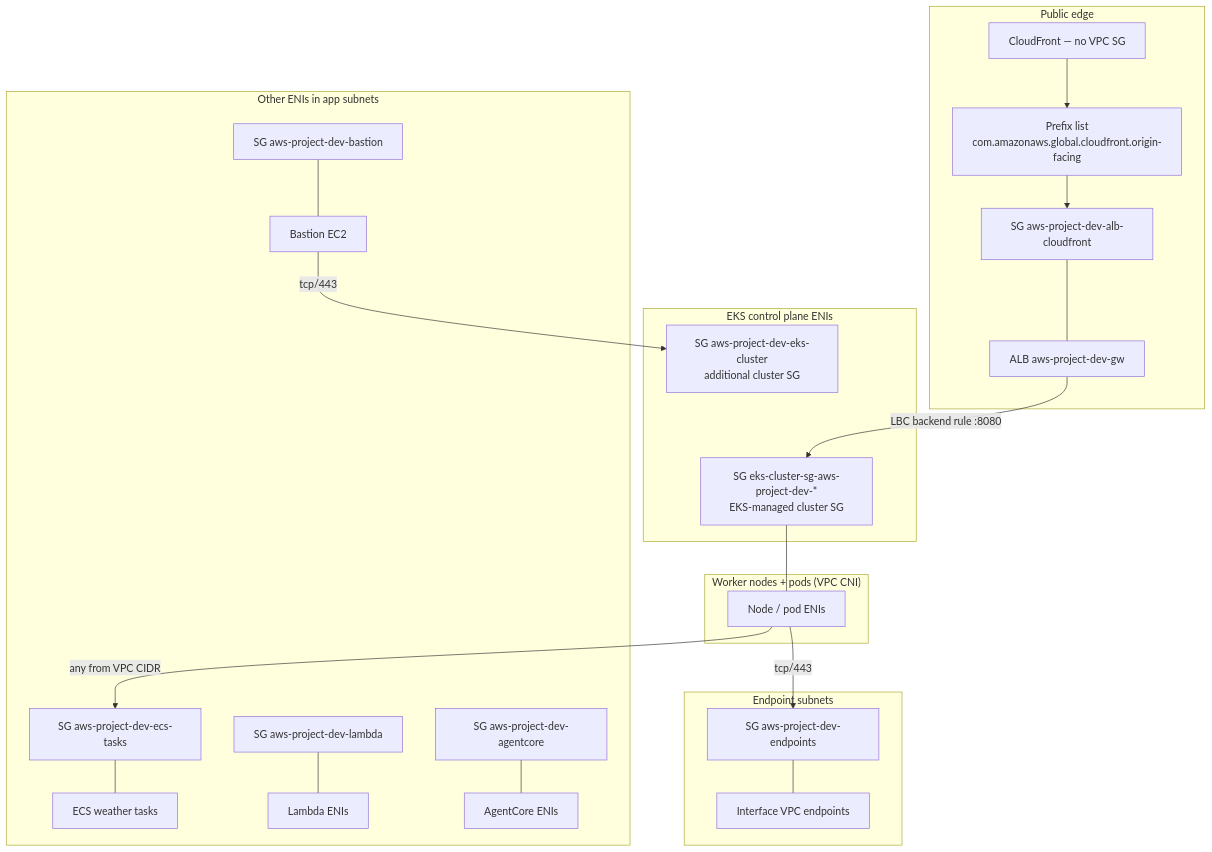
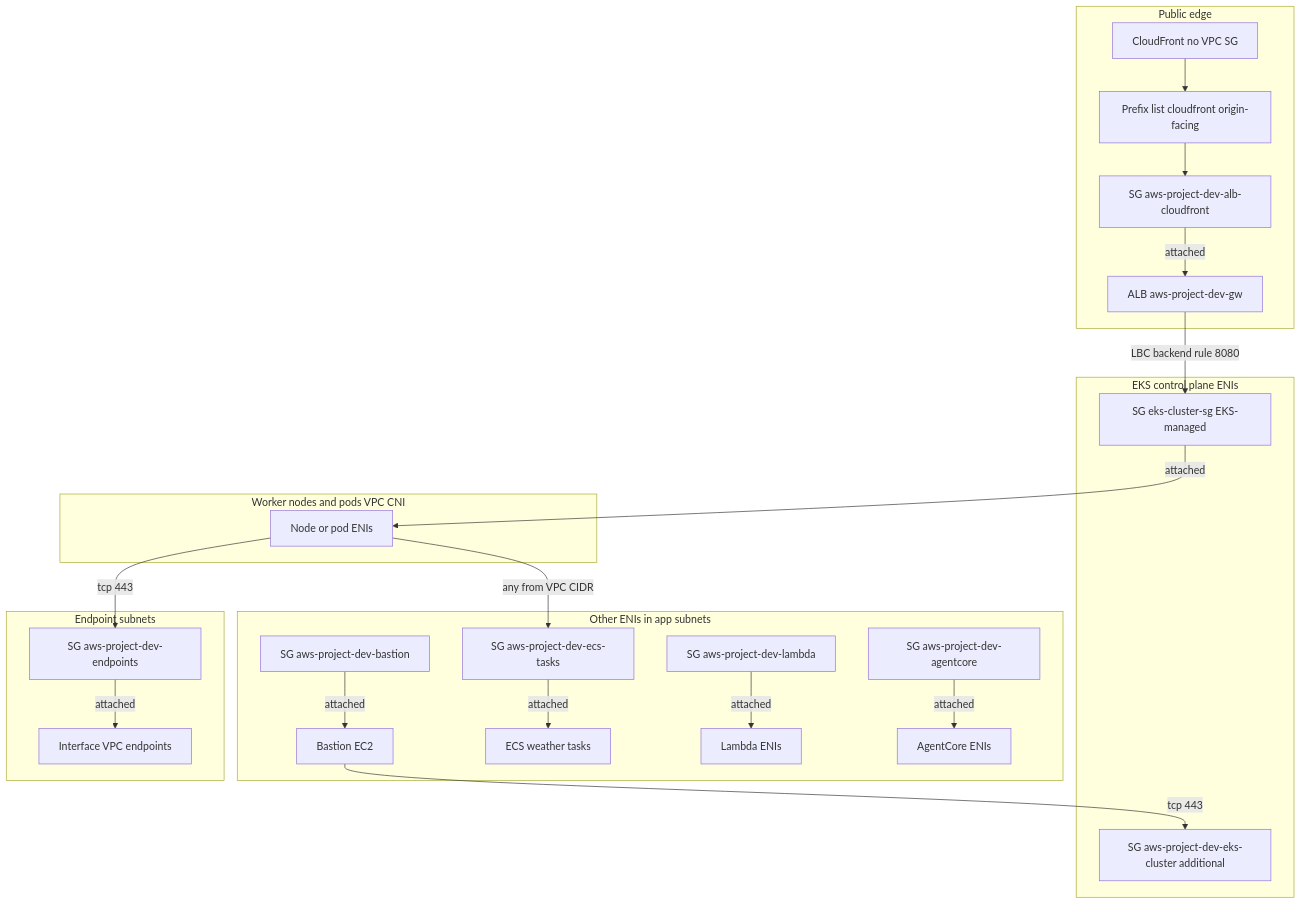
The diagram in docs/architecture/security-groups.md (evyatare92/aws-project), drawn with Mermaid before and after one commit. The commit also changed 1 other file, not shown here.

````diff
--- a/docs/architecture/security-groups.md
+++ b/docs/architecture/security-groups.md
@@ -55,49 +55,47 @@
 ```mermaid
 flowchart TB
   subgraph Edge["Public edge"]
-    CF["CloudFront — no VPC SG"]
-    PL["Prefix list\ncom.amazonaws.global.cloudfront.origin-facing"]
+    CF["CloudFront no VPC SG"]
+    PL["Prefix list cloudfront origin-facing"]
     ALB["ALB aws-project-dev-gw"]
     AlbSG["SG aws-project-dev-alb-cloudfront"]
   end
 
   subgraph Control["EKS control plane ENIs"]
-    AddlSG["SG aws-project-dev-eks-cluster\nadditional cluster SG"]
-    EksSG["SG eks-cluster-sg-aws-project-dev-*\nEKS-managed cluster SG"]
+    AddlSG["SG aws-project-dev-eks-cluster additional"]
+    EksSG["SG eks-cluster-sg EKS-managed"]
   end
 
-  subgraph Nodes["Worker nodes + pods (VPC CNI)"]
-    NodeENI["Node / pod ENIs"]
+  subgraph Nodes["Worker nodes and pods VPC CNI"]
+    NodeENI["Node or pod ENIs"]
   end
 
   subgraph Other["Other ENIs in app subnets"]
     Bastion["Bastion EC2"]
     BastionSG["SG aws-project-dev-bastion"]
     ECS["ECS weather tasks"]
     EcsSG["SG aws-project-dev-ecs-tasks"]
     Lam["Lambda ENIs"]
     LamSG["SG aws-project-dev-lambda"]
     AC["AgentCore ENIs"]
     AcSG["SG aws-project-dev-agentcore"]
   end
 
   subgraph VPCE["Endpoint subnets"]
     EpENI["Interface VPC endpoints"]
     EpSG["SG aws-project-dev-endpoints"]
   end
 
   CF --> PL --> AlbSG
-  AlbSG --- ALB
-  ALB -->|"LBC backend rule :8080"| EksSG
-  EksSG --- NodeENI
-  AddlSG --- Control
-  EksSG --- Control
-  BastionSG --- Bastion
-  Bastion -->|"tcp/443"| AddlSG
-  EcsSG --- ECS
-  LamSG --- Lam
-  AcSG --- AC
-  EpSG --- EpENI
-  NodeENI -->|"tcp/443"| EpSG
+  AlbSG -->|attached| ALB
+  ALB -->|"LBC backend rule 8080"| EksSG
+  EksSG -->|attached| NodeENI
+  BastionSG -->|attached| Bastion
+  Bastion -->|"tcp 443"| AddlSG
+  EcsSG -->|attached| ECS
+  LamSG -->|attached| Lam
+  AcSG -->|attached| AC
+  EpSG -->|attached| EpENI
+  NodeENI -->|"tcp 443"| EpSG
   NodeENI -->|"any from VPC CIDR"| EcsSG
 ```
````
